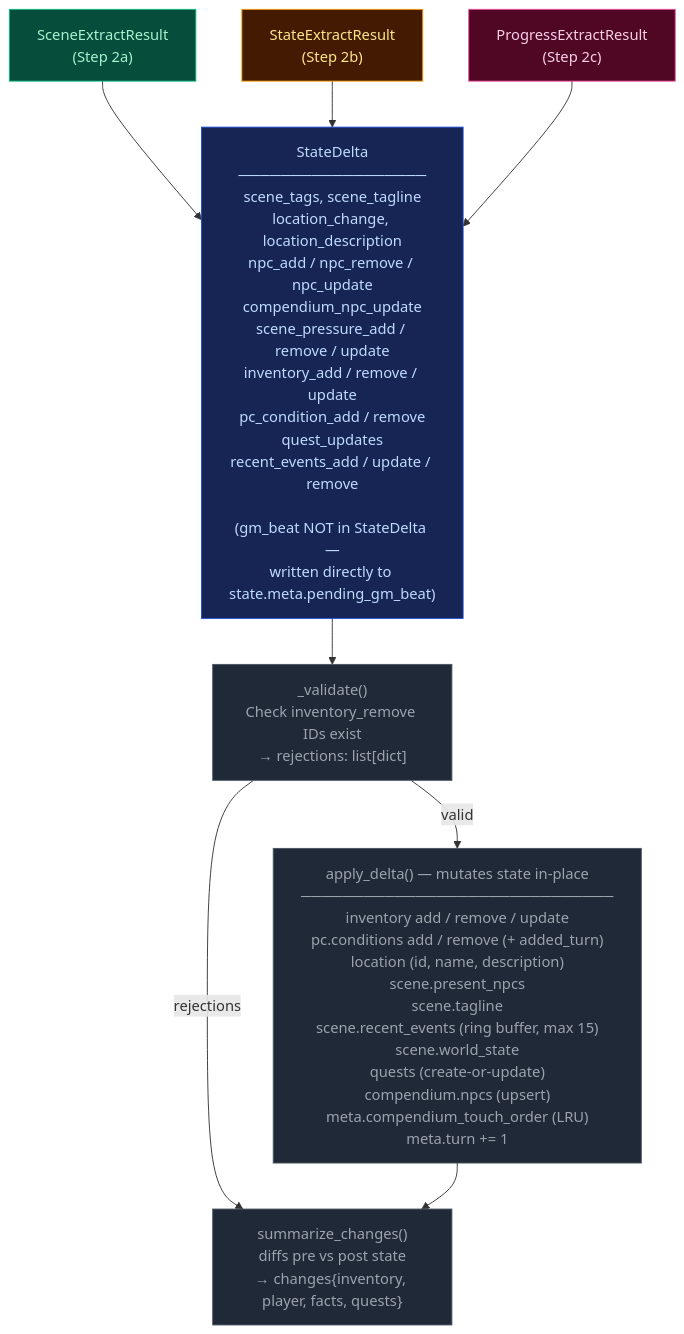
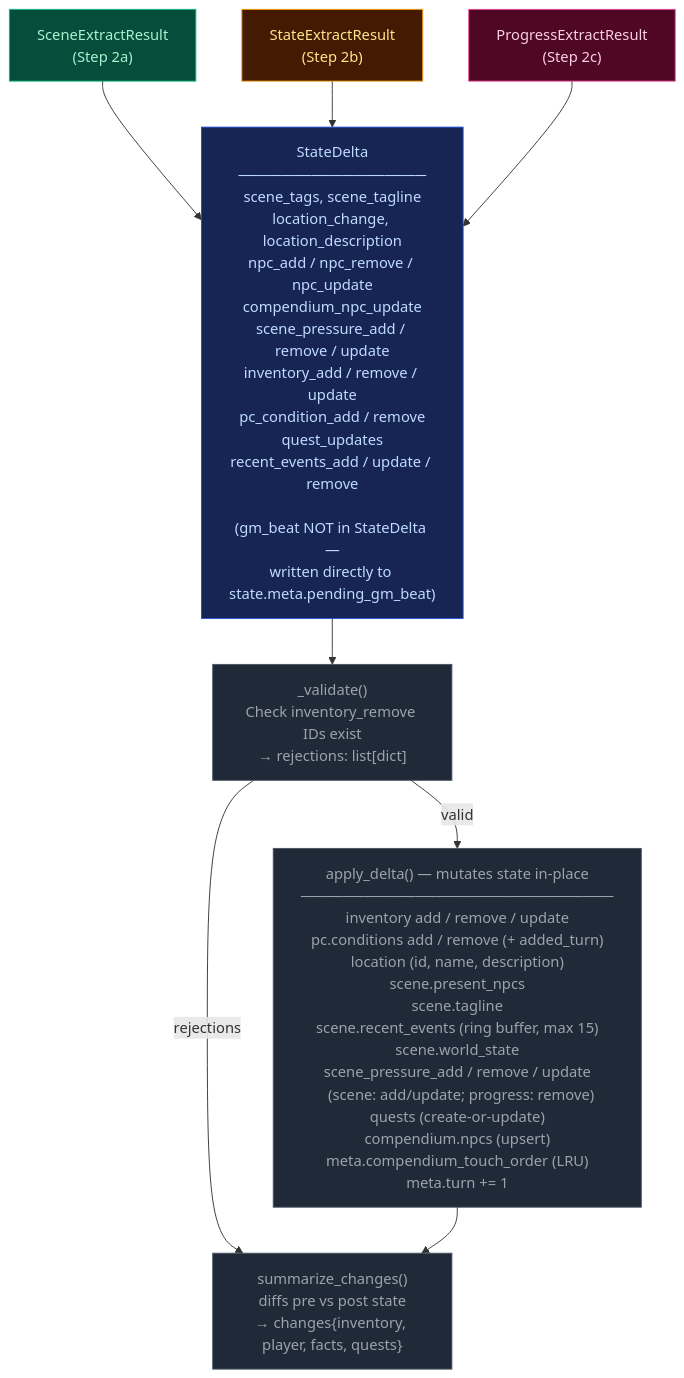
The seventh of 11 diagrams in docs/ARCHITECTURE.md (pww217/fablethread), drawn with Mermaid before and after one commit. The commit also changed other lines of this file and 4 other files, not shown here.

First line of the commit message:
docs: ARCHITECTURE.md audit and correction

````diff
--- a/docs/ARCHITECTURE.md
+++ b/docs/ARCHITECTURE.md
@@ -318,28 +365,28 @@
 ```mermaid
 flowchart TD
     classDef stageScene    fill:#064e3b,color:#a7f3d0,stroke:#10b981
     classDef stageState    fill:#451a03,color:#fde68a,stroke:#f59e0b
     classDef stageProgress fill:#500724,color:#fbcfe8,stroke:#ec4899
     classDef pyNode        fill:#1f2937,color:#9ca3af,stroke:#4b5563
     classDef mergeNode     fill:#172554,color:#bfdbfe,stroke:#1d4ed8
 
     SR1["SceneExtractResult<br>(Step 2a)"]:::stageScene
     SR2["StateExtractResult<br>(Step 2b)"]:::stageState
     SR3["ProgressExtractResult<br>(Step 2c)"]:::stageProgress
 
     MERGE["StateDelta<br>──────────────────<br>scene_tags, scene_tagline<br>location_change, location_description<br>npc_add / npc_remove / npc_update<br>compendium_npc_update<br>scene_pressure_add / remove / update<br>inventory_add / remove / update<br>pc_condition_add / remove<br>quest_updates<br>recent_events_add / update / remove<br><br>(gm_beat NOT in StateDelta —<br>written directly to state.meta.pending_gm_beat)"]:::mergeNode
 
     VALIDATE["_validate()<br>Check inventory_remove IDs exist<br>→ rejections: list[dict]"]:::pyNode
 
-    APPLY["apply_delta() — mutates state in-place<br>──────────────────────────────<br>inventory add / remove / update<br>pc.conditions add / remove (+ added_turn)<br>location (id, name, description)<br>scene.present_npcs<br>scene.tagline<br>scene.recent_events (ring buffer, max 15)<br>scene.world_state<br>quests (create-or-update)<br>compendium.npcs (upsert)<br>meta.compendium_touch_order (LRU)<br>meta.turn += 1"]:::pyNode
+    APPLY["apply_delta() — mutates state in-place<br>──────────────────────────────<br>inventory add / remove / update<br>pc.conditions add / remove (+ added_turn)<br>location (id, name, description)<br>scene.present_npcs<br>scene.tagline<br>scene.recent_events (ring buffer, max 15)<br>scene.world_state<br>scene_pressure_add / remove / update<br>  (scene: add/update; progress: remove)<br>quests (create-or-update)<br>compendium.npcs (upsert)<br>meta.compendium_touch_order (LRU)<br>meta.turn += 1"]:::pyNode
 
     DIFF["summarize_changes()<br>diffs pre vs post state<br>→ changes{inventory, player, facts, quests}"]:::pyNode
 
     SR1 --> MERGE
     SR2 --> MERGE
     SR3 --> MERGE
     MERGE --> VALIDATE
     VALIDATE -- "valid" --> APPLY
     VALIDATE -- "rejections" --> DIFF
     APPLY --> DIFF
 ```
````
